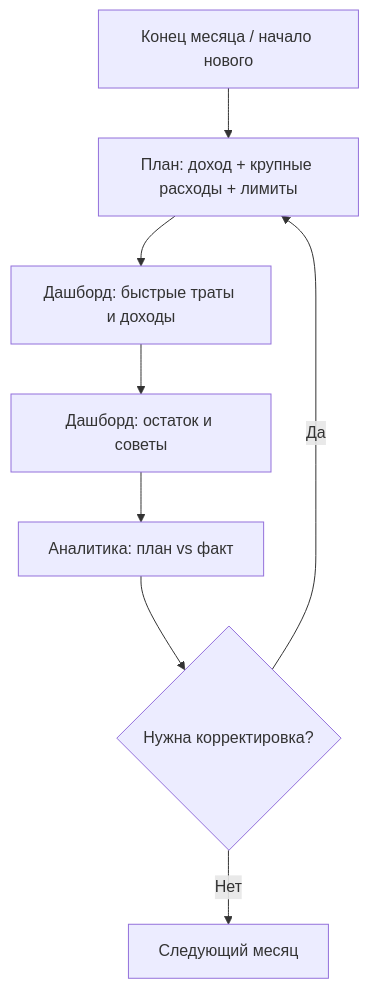
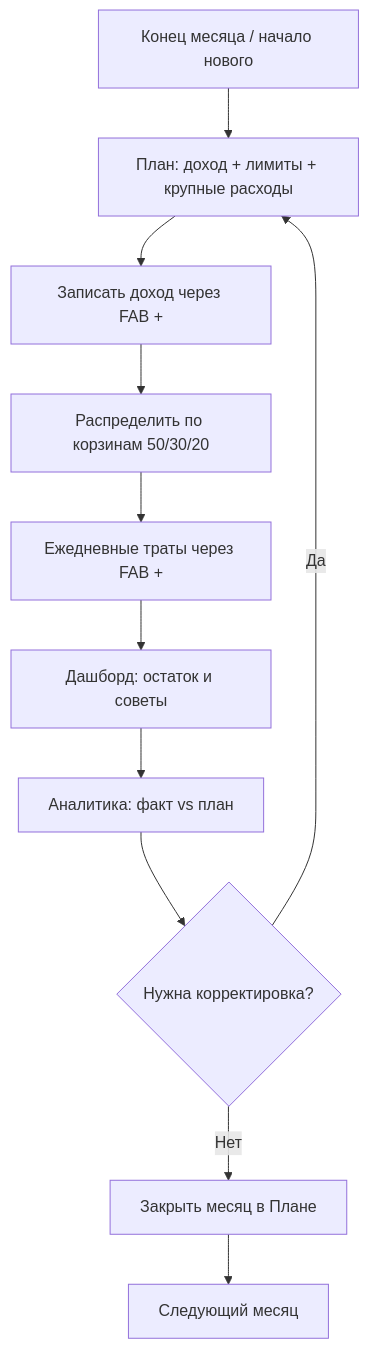
The diagram in docs/PROJECT.md (avdealex360/fin-home), drawn with Mermaid before and after one commit. The commit also changed other lines of this file and 12 other files, not shown here.

````diff
--- a/docs/PROJECT.md
+++ b/docs/PROJECT.md
@@ -117,10 +172,13 @@
 ```mermaid
 flowchart TD
-    start[Конец месяца / начало нового] --> plan[План: доход + крупные расходы + лимиты]
-    plan --> daily[Дашборд: быстрые траты и доходы]
+    start[Конец месяца / начало нового] --> plan[План: доход + лимиты + крупные расходы]
+    plan --> income[Записать доход через FAB +]
+    income --> alloc[Распределить по корзинам 50/30/20]
+    alloc --> daily[Ежедневные траты через FAB +]
     daily --> check[Дашборд: остаток и советы]
-    check --> analytics[Аналитика: план vs факт]
+    check --> analytics[Аналитика: факт vs план]
     analytics --> adjust{Нужна корректировка?}
     adjust -->|Да| plan
-    adjust -->|Нет| next[Следующий месяц]
+    adjust -->|Нет| close[Закрыть месяц в Плане]
+    close --> next[Следующий месяц]
 ```
````
